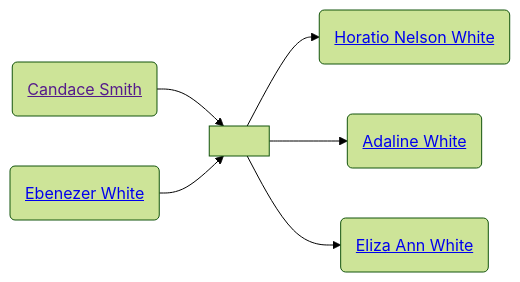
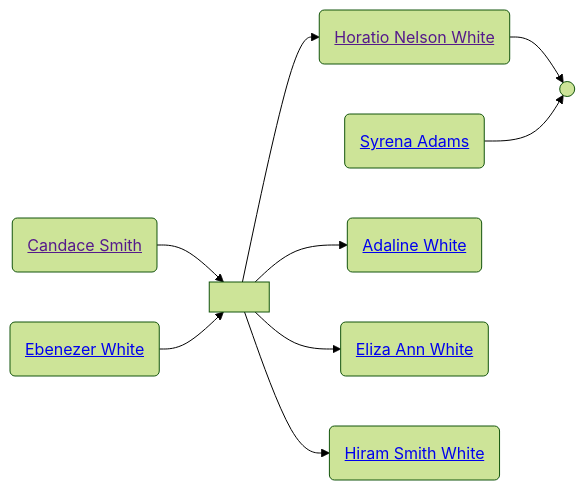
The second of 2 diagrams in familyhistory/sources/people/Merrill-line/White-line/Candace-Smith-line/Candace_Smith.qmd (neelsmith/avocational), drawn with Mermaid (forest theme) before and after one commit. The commit also changed other lines of this file and 77 other files, not shown here.

````diff
--- a/familyhistory/sources/people/Merrill-line/White-line/Candace-Smith-line/Candace_Smith.qmd
+++ b/familyhistory/sources/people/Merrill-line/White-line/Candace-Smith-line/Candace_Smith.qmd
@@ -43,13 +45,17 @@
 ```{mermaid}
 graph LR
 class Candace_Smith_and_Ebenezer_White marriage
 Candace_Smith(<a href=''>Candace Smith</>) --> Candace_Smith_and_Ebenezer_White[ ]
 Ebenezer_White(<a href='./../Ebenezer_White.html'>Ebenezer White</>) --> Candace_Smith_and_Ebenezer_White(( ))
 Candace_Smith_and_Ebenezer_White[ ] --> Horatio_Nelson_White(<a href='./../Horatio_Nelson_White.html'>Horatio Nelson White</>)
+class Horatio_Nelson_White_and_Syrena_Adams marriage
+Horatio_Nelson_White(<a href=''>Horatio Nelson White</>) --> Horatio_Nelson_White_and_Syrena_Adams[ ]
+Syrena_Adams(<a href='./Syrena_Adams.html'>Syrena Adams</>) --> Horatio_Nelson_White_and_Syrena_Adams(( ))
 Candace_Smith_and_Ebenezer_White[ ] --> Adaline_White(<a href='./../Adaline_White.html'>Adaline White</>)
 Candace_Smith_and_Ebenezer_White[ ] --> Eliza_Ann_White(<a href='./../Eliza_Ann_White.html'>Eliza Ann White</>)
+Candace_Smith_and_Ebenezer_White[ ] --> Hiram_Smith_White(<a href='./../Hiram_Smith_White.html'>Hiram Smith White</>)
 classDef mother fill:#ffd1dc
 classDef father fill:#daf0f7  
 classDef marriage fill:#ffffff
 
 ```
````
